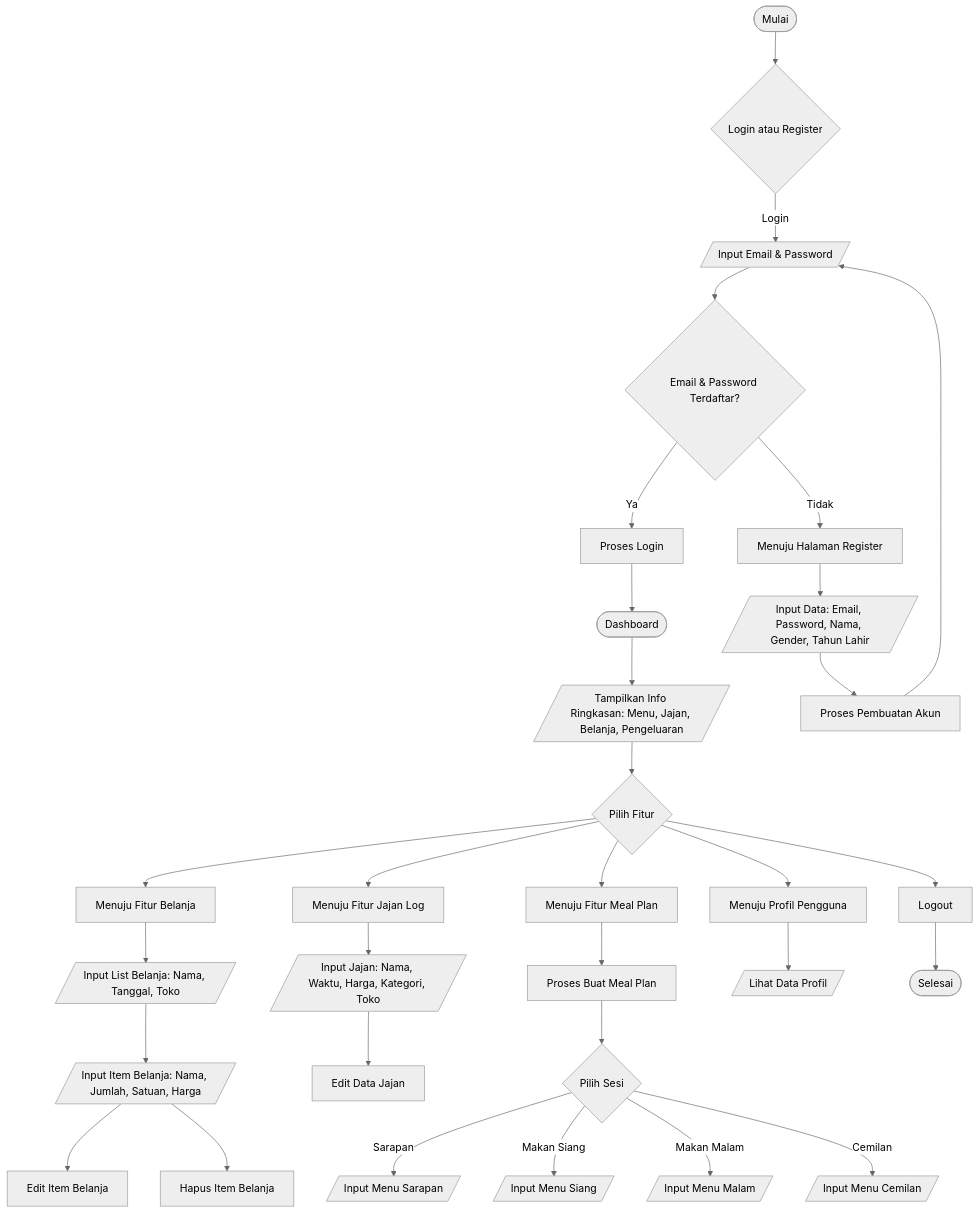
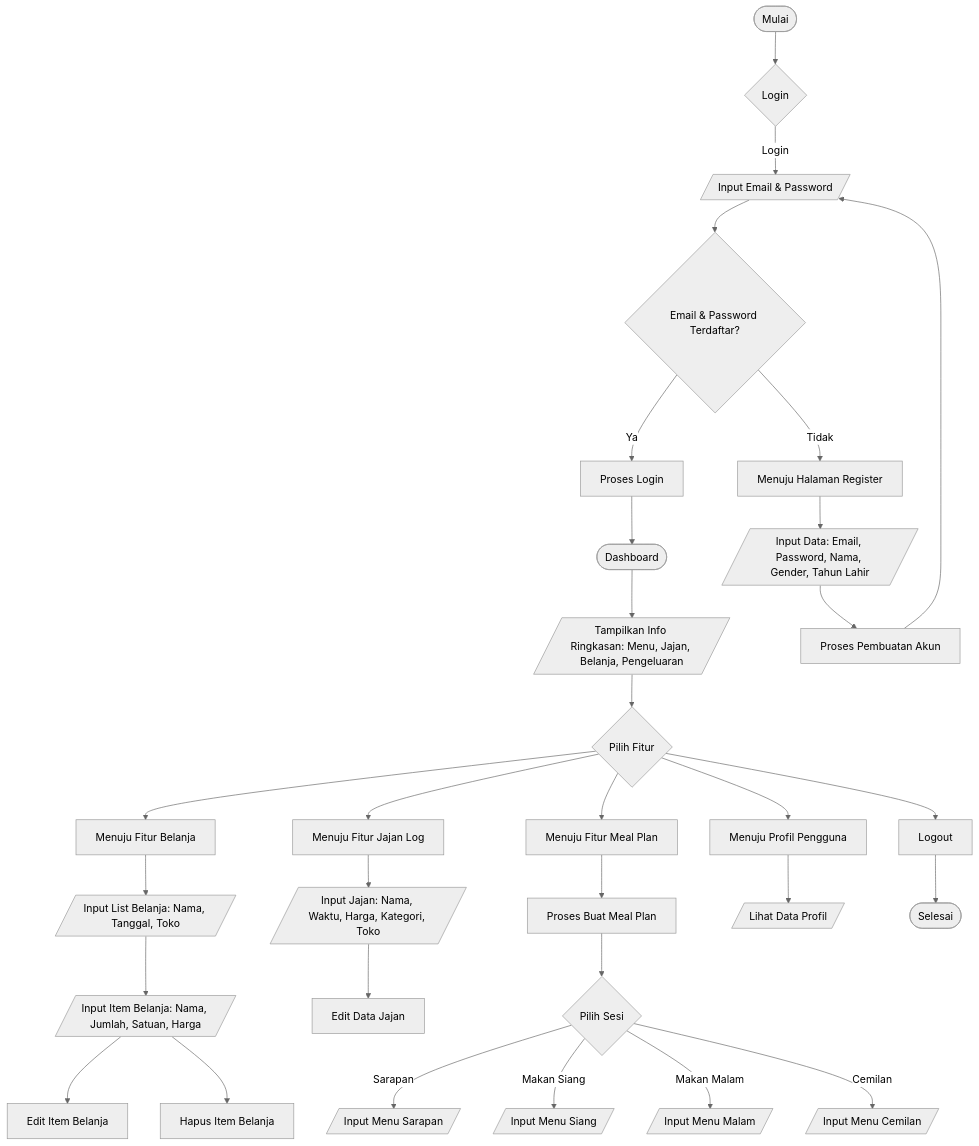
Before and after one commit to alfathya/LSP-Project: the diagram in README.md, drawn with Mermaid (neutral theme).

````diff
--- a/README.md
+++ b/README.md
@@ -3,53 +3,53 @@
 ```mermaid
 flowchart TD
     %% START
-    A([Mulai]) --> B{Login atau Register}
+    A([Mulai]) --> B{Login}
 
     %% LOGIN BRANCH
     B --> |Login| C[/Input Email & Password/]
     C --> D{Email & Password Terdaftar?}
     D --> |Ya| E[Proses Login]
     D --> |Tidak| F[Menuju Halaman Register]
 
     %% REGISTER BRANCH
     F --> G[/Input Data: Email, Password, Nama, Gender, Tahun Lahir/]
     G --> H[Proses Pembuatan Akun]
     H --> C
 
     %% DASHBOARD
     E --> I([Dashboard])
     I --> J[/Tampilkan Info Ringkasan: Menu, Jajan, Belanja, Pengeluaran/]
     J --> K{Pilih Fitur}
     
     %% FITUR BELANJA
     K --> L1[Menuju Fitur Belanja]
     L1 --> M1[/Input List Belanja: Nama, Tanggal, Toko/]
     M1 --> M2[/Input Item Belanja: Nama, Jumlah, Satuan, Harga/]
     M2 --> M3[Edit Item Belanja]
     M2 --> M4[Hapus Item Belanja]
 
     %% FITUR JAJAN LOG
     K --> L2[Menuju Fitur Jajan Log]
     L2 --> N1[/Input Jajan: Nama, Waktu, Harga, Kategori, Toko/]
     N1 --> N2[Edit Data Jajan]
 
     %% FITUR MEAL PLAN
     K --> L3[Menuju Fitur Meal Plan]
     L3 --> O1[Proses Buat Meal Plan]
     O1 --> O2{Pilih Sesi}
     O2 --> |Sarapan| O3[/Input Menu Sarapan/]
     O2 --> |Makan Siang| O4[/Input Menu Siang/]
     O2 --> |Makan Malam| O5[/Input Menu Malam/]
     O2 --> |Cemilan| O6[/Input Menu Cemilan/]
 
     %% FITUR PROFIL
     K --> L4[Menuju Profil Pengguna]
     L4 --> P1[/Lihat Data Profil/]
 
     %% LOGOUT
     K --> L5[Logout]
     L5 --> Q([Selesai])
 
 
 
 ```
````
